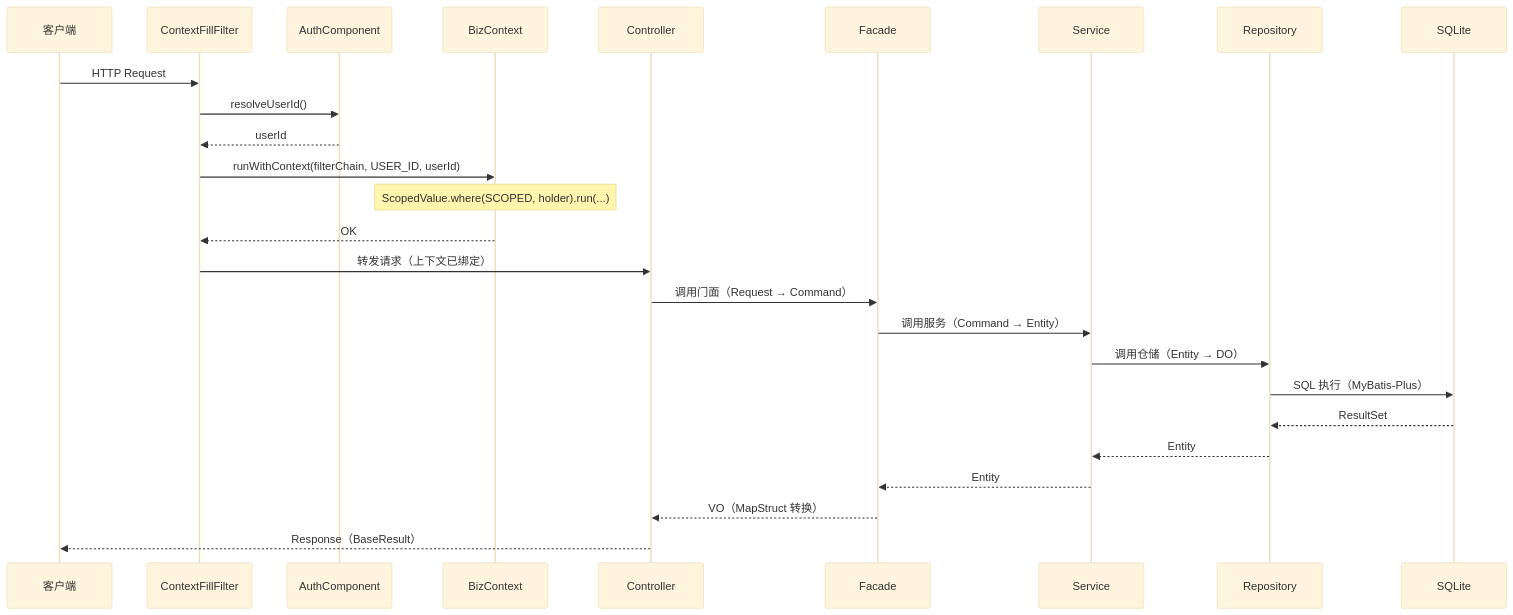
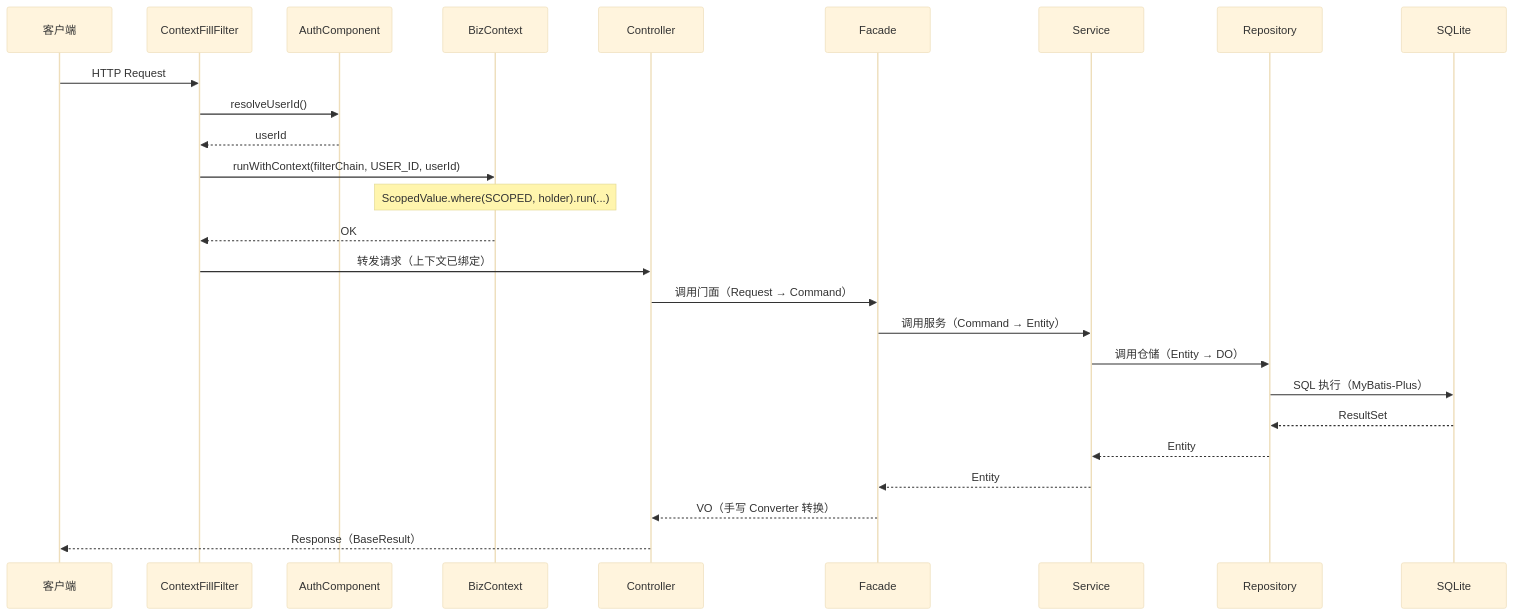
The first of 3 diagrams in docs/architecture/request-lifecycle.md (LeoNardo-LB/web-quick-start-light), drawn with Mermaid (base theme) before and after one commit. The commit also changed other lines of this file and 179 other files, not shown here.

````diff
--- a/docs/architecture/request-lifecycle.md
+++ b/docs/architecture/request-lifecycle.md
@@ -21,29 +21,29 @@
 ```mermaid
 sequenceDiagram
     participant Client as 客户端
     participant Filter as ContextFillFilter
     participant Auth as AuthComponent
     participant Ctx as BizContext
     participant Ctrl as Controller
     participant Fac as Facade
     participant Svc as Service
     participant Repo as Repository
     participant DB as SQLite
 
     Client->>Filter: HTTP Request
     Filter->>Auth: resolveUserId()
     Auth-->>Filter: userId
     Filter->>Ctx: runWithContext(filterChain, USER_ID, userId)
     Note over Ctx: ScopedValue.where(SCOPED, holder).run(...)
     Ctx-->>Filter: OK
     Filter->>Ctrl: 转发请求（上下文已绑定）
     Ctrl->>Fac: 调用门面（Request → Command）
     Fac->>Svc: 调用服务（Command → Entity）
     Svc->>Repo: 调用仓储（Entity → DO）
     Repo->>DB: SQL 执行（MyBatis-Plus）
     DB-->>Repo: ResultSet
     Repo-->>Svc: Entity
     Svc-->>Fac: Entity
-    Fac-->>Ctrl: VO（MapStruct 转换）
+    Fac-->>Ctrl: VO（手写 Converter 转换）
     Ctrl-->>Client: Response（BaseResult）
 ```
````
